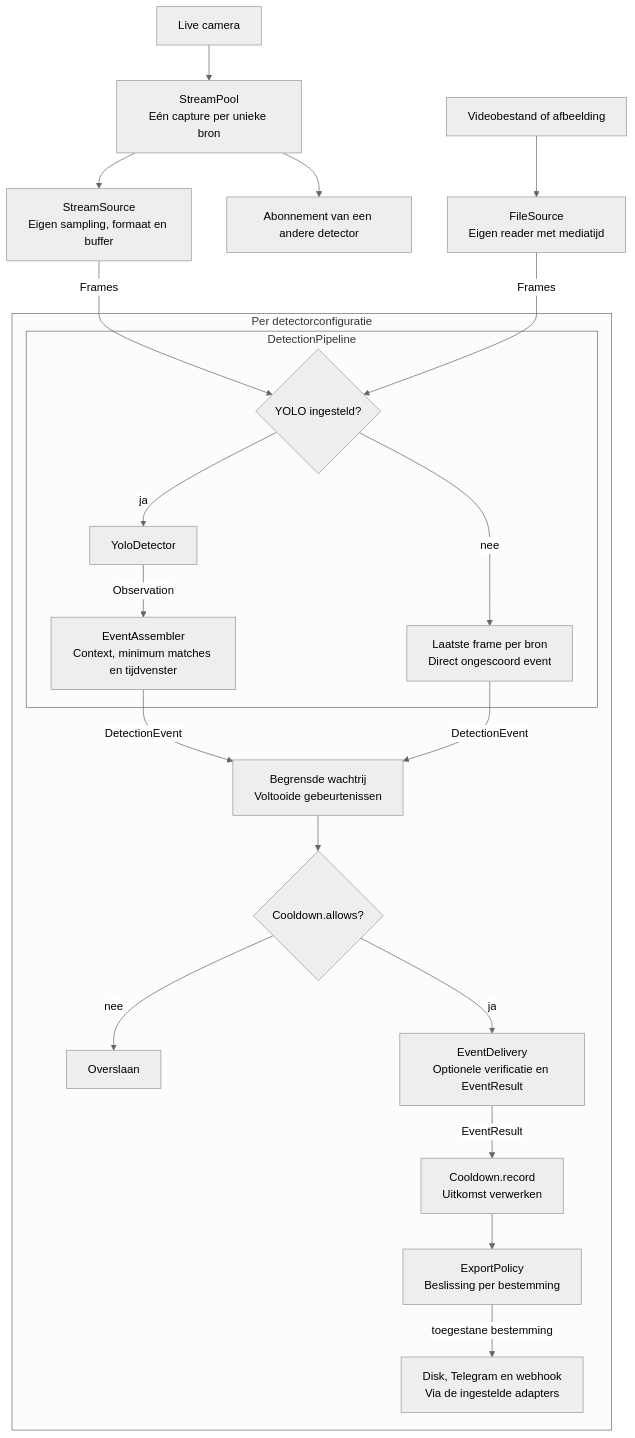
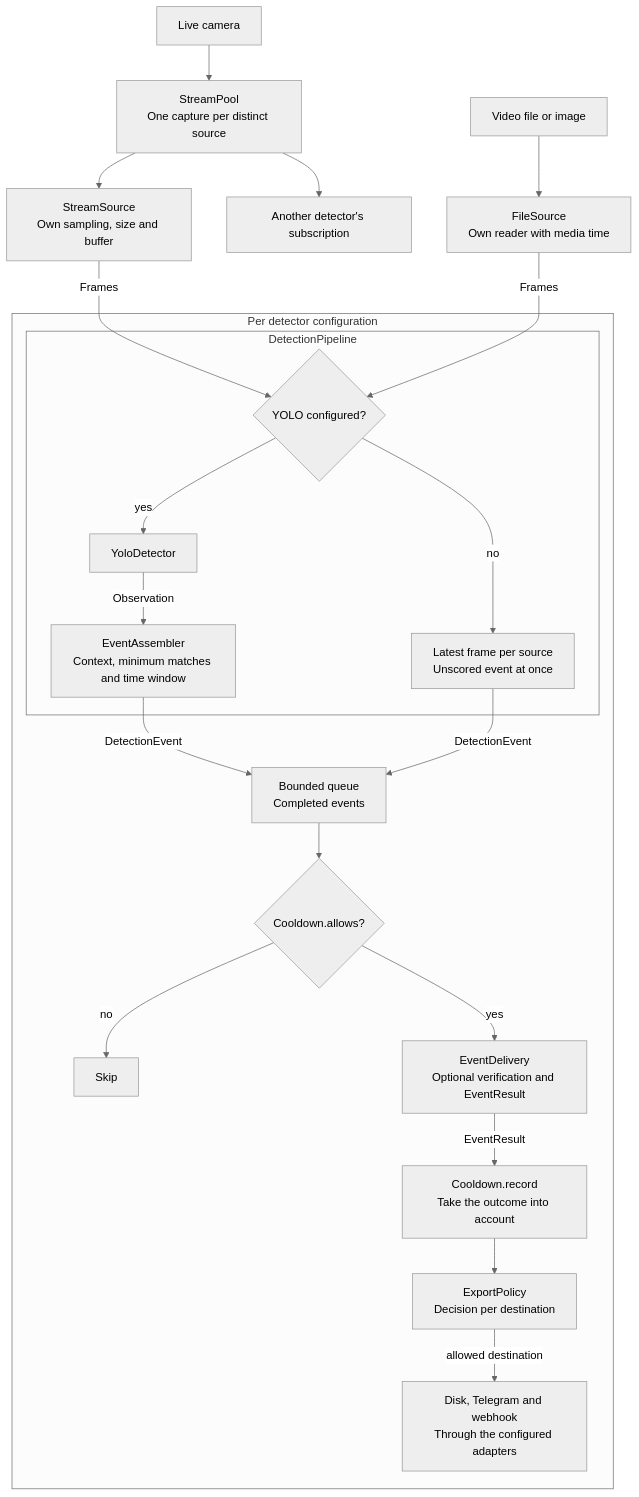
One commit to ESchouten/ai-detector changed the second of 4 diagrams in SYSTEM_OVERVIEW.md. Above: the diagram before and after it, drawn with Mermaid (neutral theme). The commit also changed other lines of this file and 12 other files, not shown here.

````diff
--- a/SYSTEM_OVERVIEW.md
+++ b/SYSTEM_OVERVIEW.md
@@ -50,38 +50,38 @@
 ```mermaid
 flowchart TB
-    Camera["Live camera"] --> Pool["StreamPool<br/>Eén capture per unieke bron"]
-    Pool --> Subscription["StreamSource<br/>Eigen sampling, formaat en buffer"]
-    Pool --> Other["Abonnement van een andere detector"]
-    File["Videobestand of afbeelding"] --> FileSource["FileSource<br/>Eigen reader met mediatijd"]
+    Camera["Live camera"] --> Pool["StreamPool<br/>One capture per distinct source"]
+    Pool --> Subscription["StreamSource<br/>Own sampling, size and buffer"]
+    Pool --> Other["Another detector's subscription"]
+    File["Video file or image"] --> FileSource["FileSource<br/>Own reader with media time"]
 
-    subgraph Worker["Per detectorconfiguratie"]
+    subgraph Worker["Per detector configuration"]
         subgraph Pipeline["DetectionPipeline"]
-            Mode{"YOLO ingesteld?"}
+            Mode{"YOLO configured?"}
             Inference["YoloDetector"]
-            Events["EventAssembler<br/>Context, minimum matches en tijdvenster"]
-            Snapshot["Laatste frame per bron<br/>Direct ongescoord event"]
-            Mode -->|ja| Inference
+            Events["EventAssembler<br/>Context, minimum matches and time window"]
+            Snapshot["Latest frame per source<br/>Unscored event at once"]
+            Mode -->|yes| Inference
             Inference -->|Observation| Events
-            Mode -->|nee| Snapshot
+            Mode -->|no| Snapshot
         end
-        Queue["Begrensde wachtrij<br/>Voltooide gebeurtenissen"]
+        Queue["Bounded queue<br/>Completed events"]
         Allowed{"Cooldown.allows?"}
-        Skip["Overslaan"]
-        Verify["EventDelivery<br/>Optionele verificatie en EventResult"]
-        Record["Cooldown.record<br/>Uitkomst verwerken"]
-        Policy["ExportPolicy<br/>Beslissing per bestemming"]
-        Export["Disk, Telegram en webhook<br/>Via de ingestelde adapters"]
+        Skip["Skip"]
+        Verify["EventDelivery<br/>Optional verification and EventResult"]
+        Record["Cooldown.record<br/>Take the outcome into account"]
+        Policy["ExportPolicy<br/>Decision per destination"]
+        Export["Disk, Telegram and webhook<br/>Through the configured adapters"]
 
         Events -->|DetectionEvent| Queue
         Snapshot -->|DetectionEvent| Queue
         Queue --> Allowed
-        Allowed -->|nee| Skip
-        Allowed -->|ja| Verify
+        Allowed -->|no| Skip
+        Allowed -->|yes| Verify
         Verify -->|EventResult| Record
         Record --> Policy
-        Policy -->|toegestane bestemming| Export
+        Policy -->|allowed destination| Export
     end
 
     Subscription -->|Frames| Mode
     FileSource -->|Frames| Mode
 ```
````
